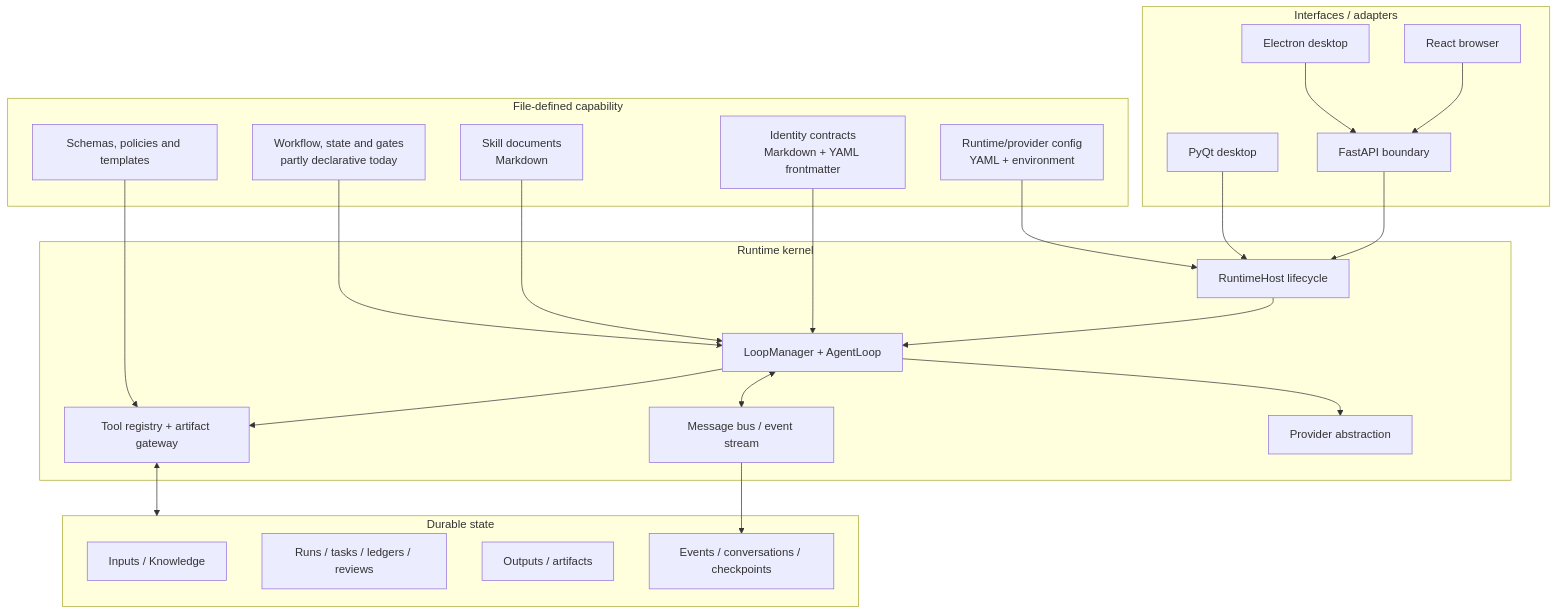
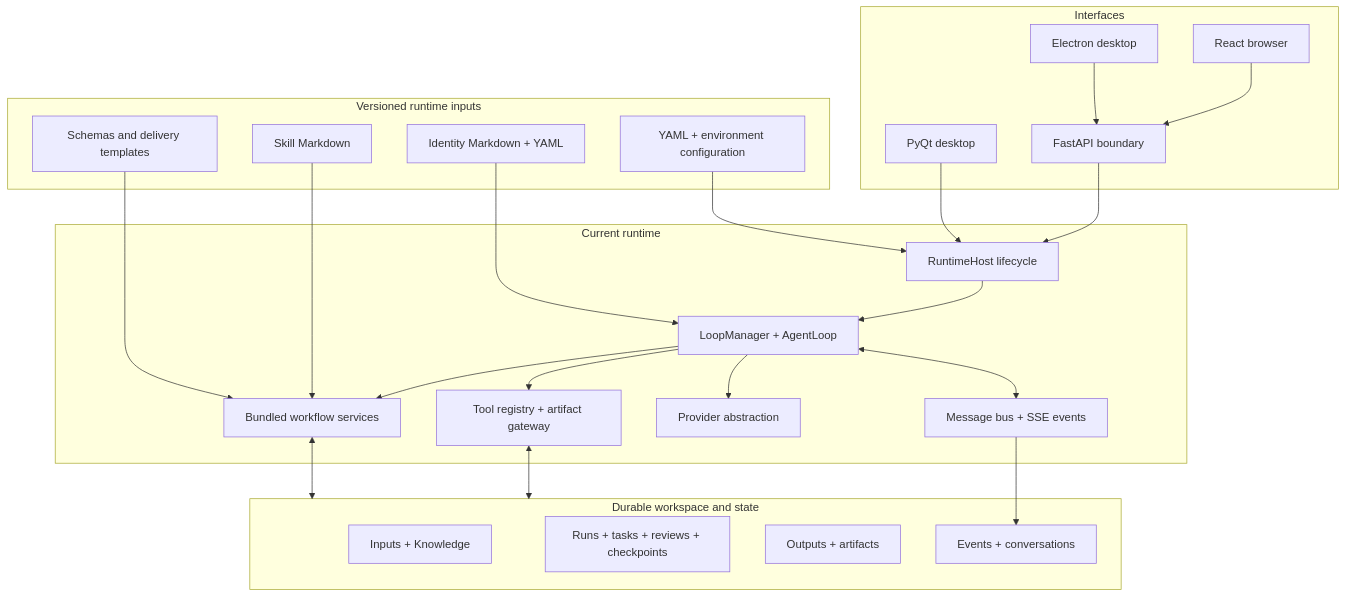
Before and after one commit to csxq0605/manyselves: the diagram in README.md, drawn with Mermaid. The commit also changed other lines of this file and 3 other files, not shown here.

Commit message:
docs: present the live release and future kernel roadmap

````diff
--- a/README.md
+++ b/README.md
@@ -38,48 +217,52 @@
 ```mermaid
 flowchart TB
-    subgraph Interfaces["Interfaces / adapters"]
-        Web["React browser"]
+    subgraph Interfaces["Interfaces"]
+        React["React browser"]
         Electron["Electron desktop"]
-        Qt["PyQt desktop"]
+        PyQt["PyQt desktop"]
         API["FastAPI boundary"]
     end
 
-    subgraph Kernel["Runtime kernel"]
+    subgraph Runtime["Current runtime"]
         Host["RuntimeHost lifecycle"]
         Loops["LoopManager + AgentLoop"]
-        Bus["Message bus / event stream"]
+        Bus["Message bus + SSE events"]
         Tools["Tool registry + artifact gateway"]
         Providers["Provider abstraction"]
+        Workflow["Bundled workflow services"]
     end
 
-    subgraph Definitions["File-defined capability"]
-        Identity["Identity contracts\nMarkdown + YAML frontmatter"]
-        Skills["Skill documents\nMarkdown"]
-        Config["Runtime/provider config\nYAML + environment"]
-        Workflow["Workflow, state and gates\npartly declarative today"]
-        Schemas["Schemas, policies and templates"]
+    subgraph Definitions["Versioned runtime inputs"]
+        Identity["Identity Markdown + YAML"]
+        Skills["Skill Markdown"]
+        Config["YAML + environment configuration"]
+        Templates["Schemas and delivery templates"]
     end
 
-    subgraph Durable["Durable state"]
-        Inputs["Inputs / Knowledge"]
-        Work["Runs / tasks / ledgers / reviews"]
-        Outputs["Outputs / artifacts"]
-        Events["Events / conversations / checkpoints"]
+    subgraph Durable["Durable workspace and state"]
+        Inputs["Inputs + Knowledge"]
+        Work["Runs + tasks + reviews + checkpoints"]
+        Outputs["Outputs + artifacts"]
+        Events["Events + conversations"]
     end
 
-    Web --> API
+    React --> API
     Electron --> API
     API --> Host
-    Qt --> Host
+    PyQt --> Host
+
     Host --> Loops
     Loops <--> Bus
     Loops --> Tools
     Loops --> Providers
+    Loops --> Workflow
+
     Identity --> Loops
-    Skills --> Loops
+    Skills --> Workflow
     Config --> Host
-    Workflow --> Loops
-    Schemas --> Tools
+    Templates --> Workflow
+
     Tools <--> Durable
+    Workflow <--> Durable
     Bus --> Events
 ```
````
